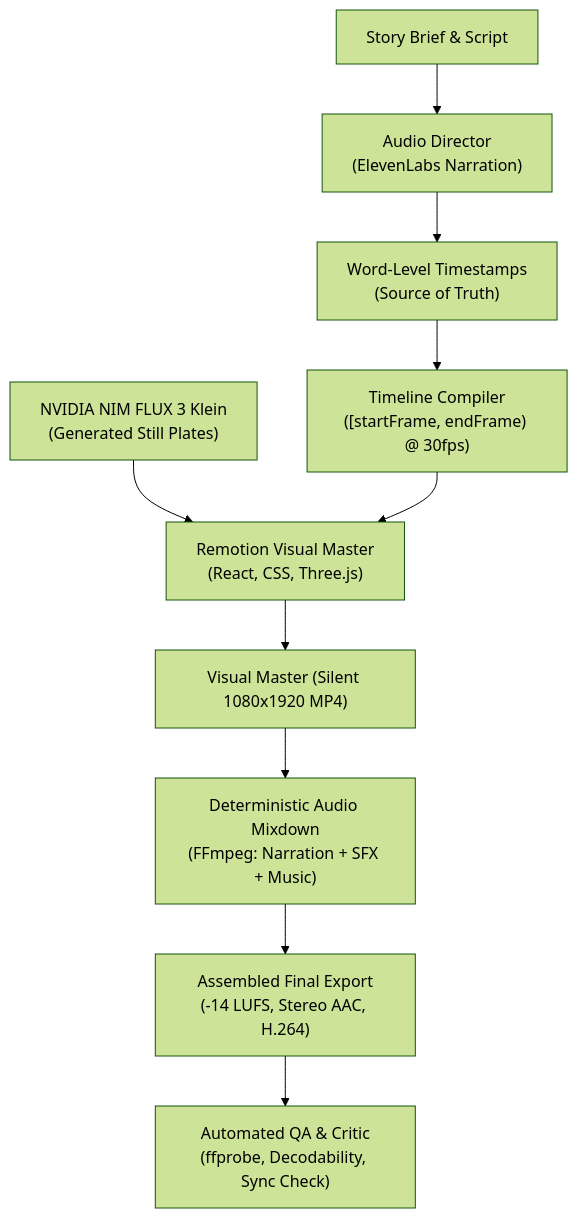
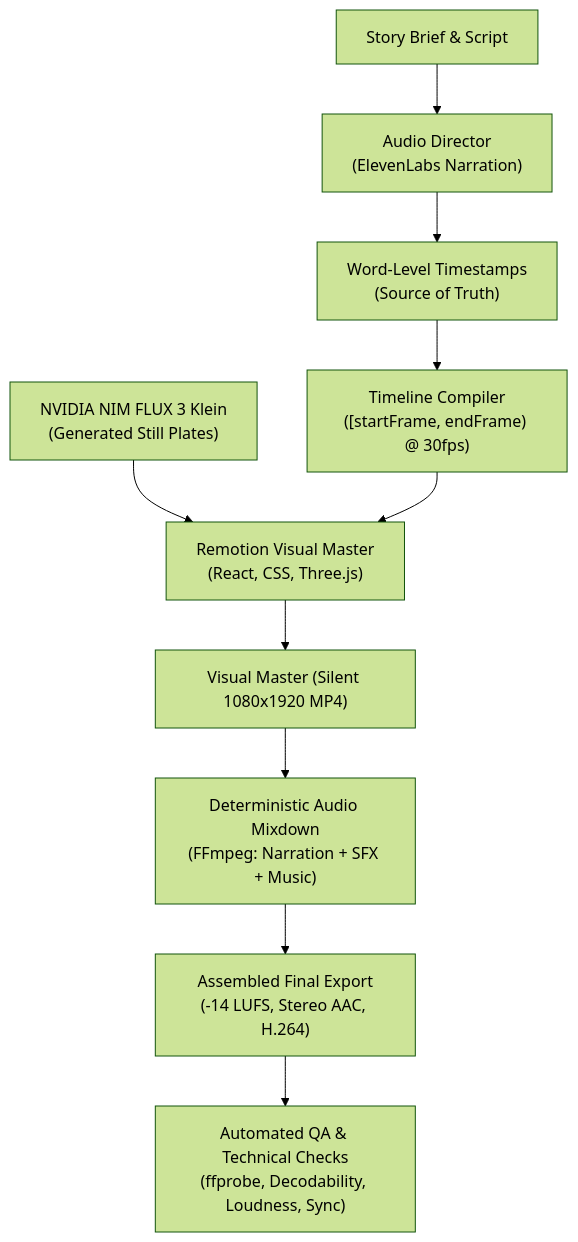
The diagram in README.md (AneekRahman/code-to-video-studio), drawn with Mermaid (forest theme) before and after one commit. The commit also changed other lines of this file and 1 other file, not shown here.

````diff
--- a/README.md
+++ b/README.md
@@ -146,16 +146,16 @@
 ```mermaid
 flowchart TD
     A["Story Brief & Script"] --> B["Audio Director\n(ElevenLabs Narration)"]
     B --> C["Word-Level Timestamps\n(Source of Truth)"]
     
     C --> D["Timeline Compiler\n([startFrame, endFrame) @ 30fps)"]
     
     E["NVIDIA NIM FLUX 3 Klein\n(Generated Still Plates)"] --> F["Remotion Visual Master\n(React, CSS, Three.js)"]
     D --> F
     
     F --> G["Visual Master (Silent 1080x1920 MP4)"]
     G --> H["Deterministic Audio Mixdown\n(FFmpeg: Narration + SFX + Music)"]
     
     H --> I["Assembled Final Export\n(-14 LUFS, Stereo AAC, H.264)"]
-    I --> J["Automated QA & Critic\n(ffprobe, Decodability, Sync Check)"]
+    I --> J["Automated QA & Technical Checks\n(ffprobe, Decodability, Loudness, Sync)"]
 ```
````
